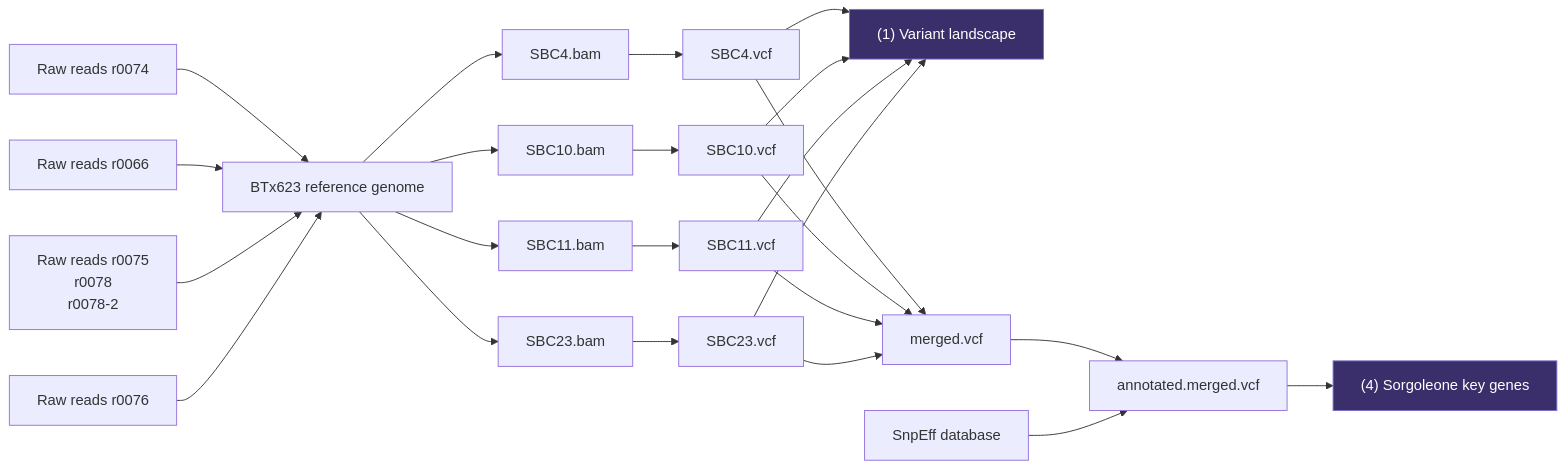
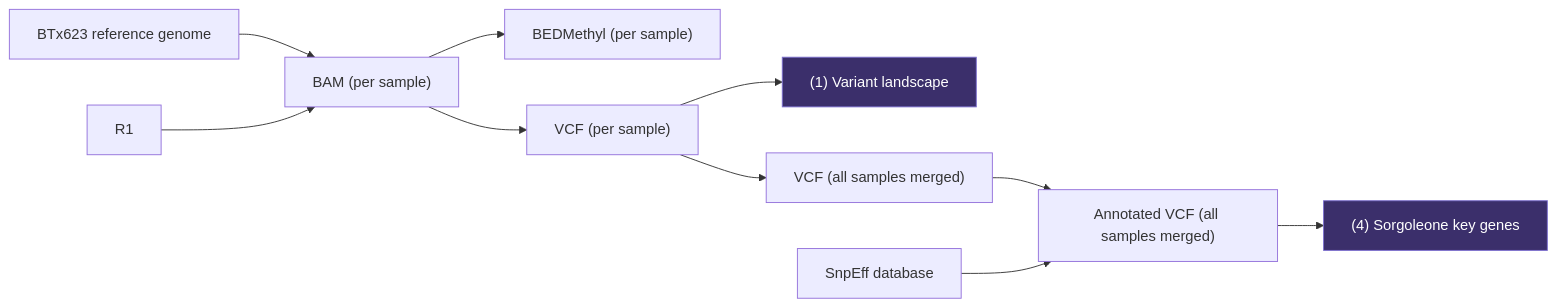
The diagram in analysis/ANALYSIS.md (daffaaprilio/masters_thesis), drawn with Mermaid before and after one commit. The commit also changed other lines of this file and 9 other files, not shown here.

````diff
--- a/analysis/ANALYSIS.md
+++ b/analysis/ANALYSIS.md
@@ -16,35 +16,22 @@
 ```mermaid
 flowchart LR
-    R1[Raw reads r0074] --> REF1[BTx623 reference genome]
-    R2[Raw reads r0066] --> REF1
-    R3[Raw reads r0075\nr0078\nr0078-2] --> REF1
-    R4[Raw reads r0076] --> REF1
+    R[BTx623 reference genome] --> B4
 
-    REF1 --> B4[SBC4.bam]
-    REF1 --> B10[SBC10.bam]
-    REF1 --> B11[SBC11.bam]
-    REF1 --> B23[SBC23.bam]
+    R1 --> B4["BAM (per sample)"]
 
-    B4 --> V4[SBC4.vcf]
-    B10 --> V10[SBC10.vcf]
-    B11 --> V11[SBC11.vcf]
-    B23 --> V23[SBC23.vcf]
+    B4 --> BED["BEDMethyl (per sample)"]
+
+    B4 --> V4["VCF (per sample)"]
 
     V4 --> VL["(1) Variant landscape"]
-    V10 --> VL
-    V11 --> VL
-    V23 --> VL
 
-    V4 --> MRG[merged.vcf]
-    V10 --> MRG
-    V11 --> MRG
-    V23 --> MRG
+    V4 --> MRG["VCF (all samples merged)"]
 
-    MRG --> ANN[annotated.merged.vcf]
+    MRG --> ANN["Annotated VCF (all samples merged)"]
     SNPEFF[SnpEff database] --> ANN
 
     ANN --> SKG["(4) Sorgoleone key genes"]
 
     style VL fill:#3b2f6b,stroke:#7c6fcf,color:#fff
     style SKG fill:#3b2f6b,stroke:#7c6fcf,color:#fff
 ```
````
